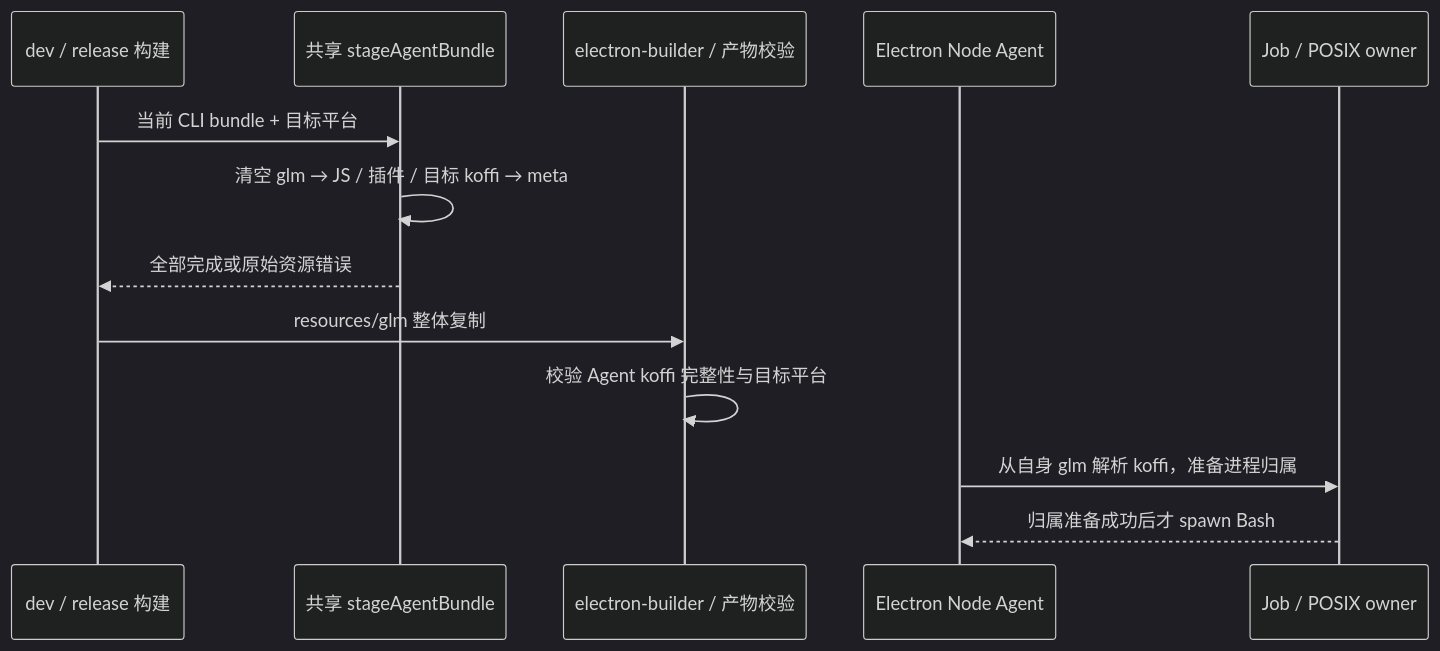
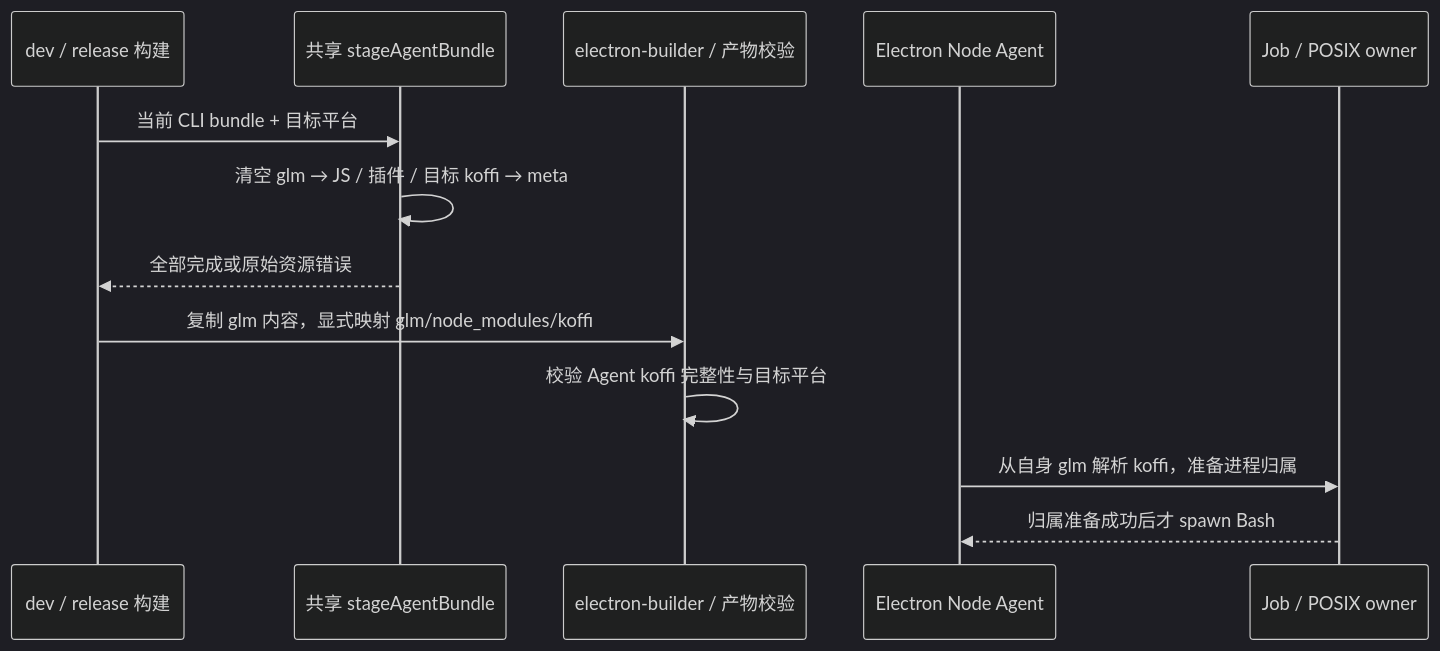
The first of 3 diagrams in specs/background-bash-lifecycle.md (lemon-casino/LemonCode), drawn with Mermaid (dark theme) before and after one commit. The commit also changed other lines of this file and 2 other files, not shown here.

Commit message:
fix(desktop): copy agent Koffi through explicit resource mapping

````diff
--- a/specs/background-bash-lifecycle.md
+++ b/specs/background-bash-lifecycle.md
@@ -11,15 +15,15 @@
 ```mermaid
 sequenceDiagram
   participant Build as dev / release 构建
   participant Stage as 共享 stageAgentBundle
   participant Package as electron-builder / 产物校验
   participant Agent as Electron Node Agent
   participant Owner as Job / POSIX owner
   Build->>Stage: 当前 CLI bundle + 目标平台
   Stage->>Stage: 清空 glm → JS / 插件 / 目标 koffi → meta
   Stage-->>Build: 全部完成或原始资源错误
-  Build->>Package: resources/glm 整体复制
+  Build->>Package: 复制 glm 内容，显式映射 glm/node_modules/koffi
   Package->>Package: 校验 Agent koffi 完整性与目标平台
   Agent->>Owner: 从自身 glm 解析 koffi，准备进程归属
   Owner-->>Agent: 归属准备成功后才 spawn Bash
 ```
````
